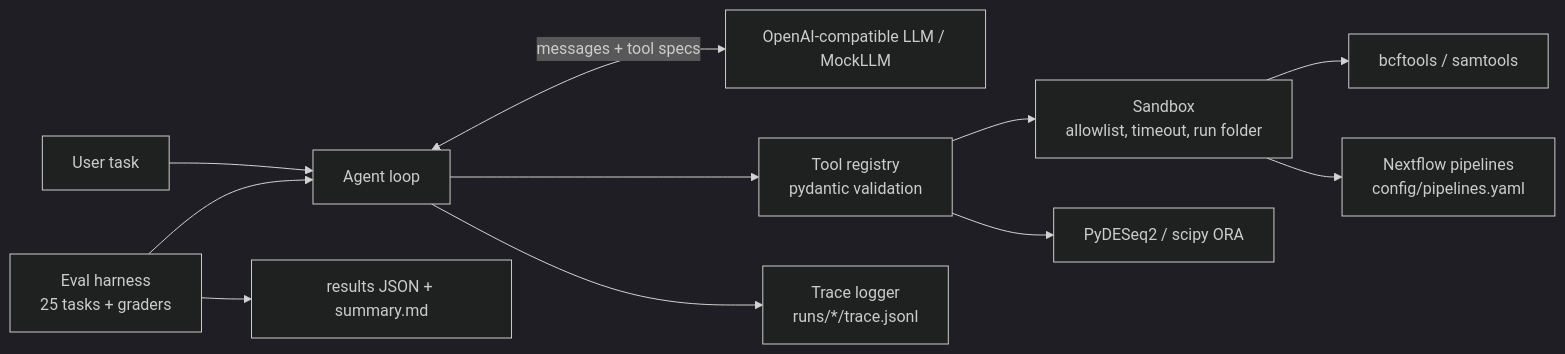
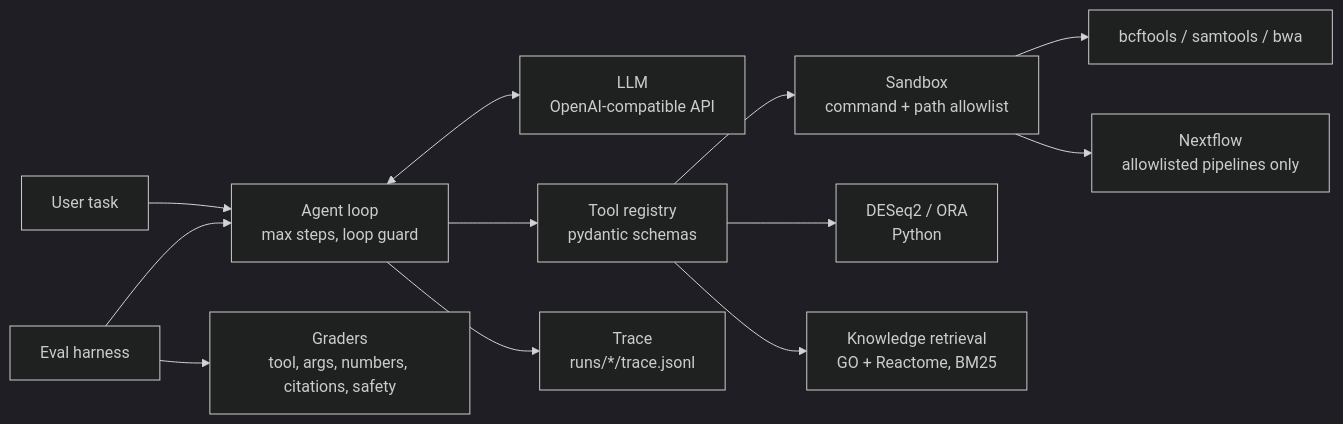
Before and after one commit to santur90/genomics-tool-agent: the diagram in README.md, drawn with Mermaid (dark theme). The commit also changed other lines of this file, not shown here.

Commit message:
README: architecture, install, benchmark results v1.1/v1.2

````diff
--- a/README.md
+++ b/README.md
@@ -11,13 +16,14 @@
 ```mermaid
 flowchart LR
-    U[User task] --> A[Agent loop]
-    A <-->|messages + tool specs| L[OpenAI-compatible LLM / MockLLM]
-    A --> R[Tool registry<br/>pydantic validation]
-    R --> S[Sandbox<br/>allowlist, timeout, run folder]
-    S --> B[bcftools / samtools]
-    S --> N[Nextflow pipelines<br/>config/pipelines.yaml]
-    R --> P[PyDESeq2 / scipy ORA]
-    A --> T[Trace logger<br/>runs/*/trace.jsonl]
-    E[Eval harness<br/>25 tasks + graders] --> A
-    E --> M[results JSON + summary.md]
+    U[User task] --> A[Agent loop<br/>max steps, loop guard]
+    A <--> L[LLM<br/>OpenAI-compatible API]
+    A --> R[Tool registry<br/>pydantic schemas]
+    R --> S[Sandbox<br/>command + path allowlist]
+    S --> B[bcftools / samtools / bwa]
+    S --> N[Nextflow<br/>allowlisted pipelines only]
+    R --> D[DESeq2 / ORA<br/>Python]
+    R --> K[Knowledge retrieval<br/>GO + Reactome, BM25]
+    A --> T[Trace<br/>runs/*/trace.jsonl]
+    E[Eval harness] --> A
+    E --> G[Graders<br/>tool, args, numbers, citations, safety]
 ```
````
